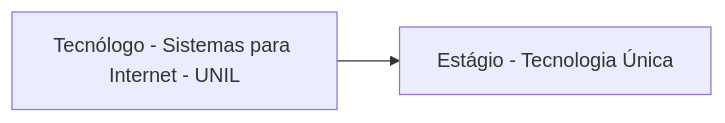
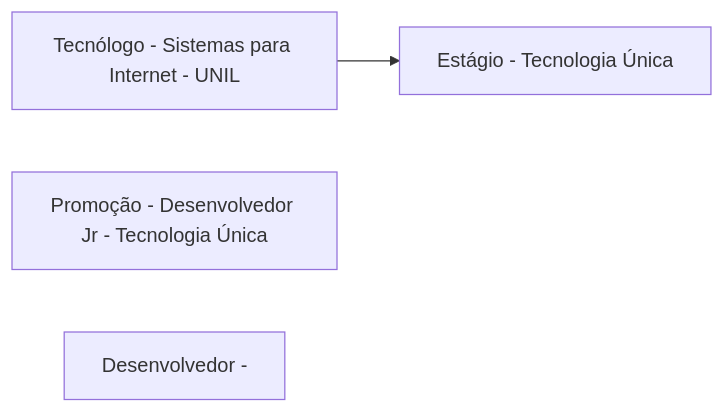
Before and after one commit to rafsp/Graduacao_FIAP: the diagram in Advanced-Business-Development-with-.NET/1º-Semestre/Aula-01-%2D-Introdução-e-Apresentação/Apresentação-do-Professor.md, drawn with Mermaid.

Commit message:
Updated Apresentação do Professor

```diff
--- a/Advanced-Business-Development-with-.NET/1º-Semestre/Aula-01-%2D-Introdução-e-Apresentação/Apresentação-do-Professor.md
+++ b/Advanced-Business-Development-with-.NET/1º-Semestre/Aula-01-%2D-Introdução-e-Apresentação/Apresentação-do-Professor.md
@@ -1,6 +1,8 @@
 ::: mermaid
 flowchart LR;
 a[Tecnólogo - Sistemas para Internet - UNIL]
 b[Estágio - Tecnologia Única];
+c[Promoção - Desenvolvedor Jr - Tecnologia Única];
+d[Desenvolvedor - ]
 a-->b;
 :::
```
